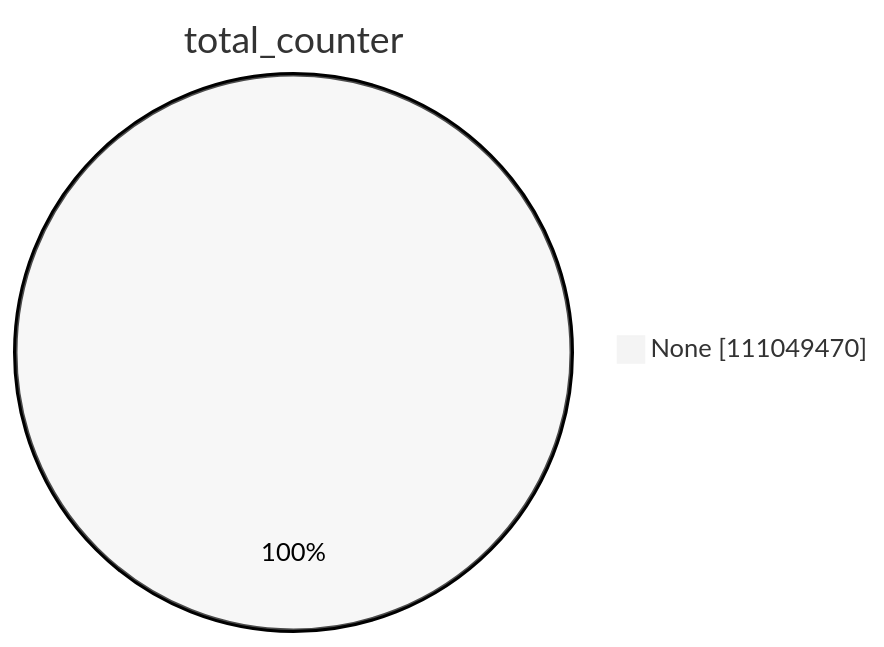
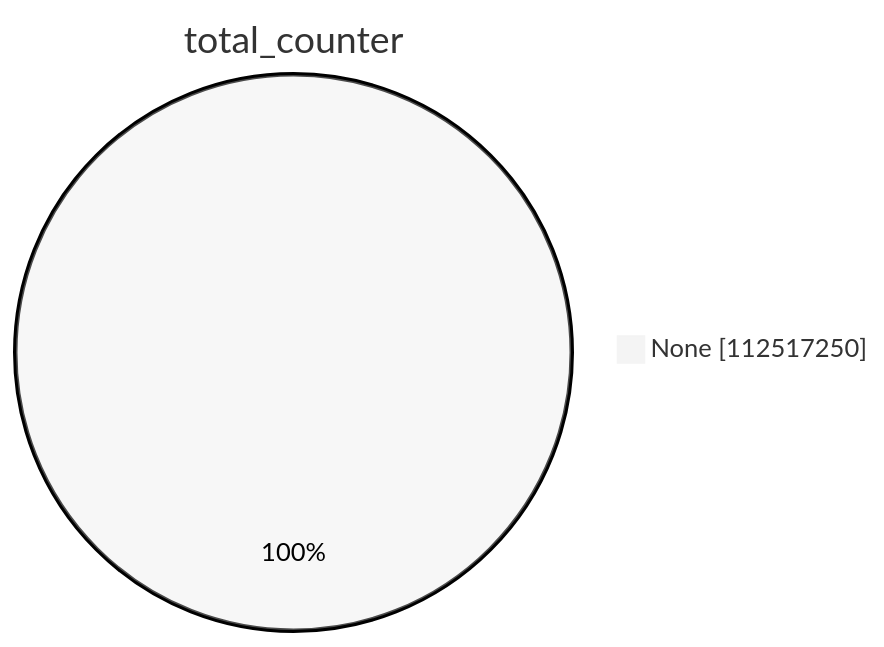
Before and after one commit to christiankrug/ctmonitor_visualization: the first of 15 diagrams in xenon2023/README.md, drawn with Mermaid (neutral theme). The commit also changed other lines of this file, not shown here.

````diff
--- a/xenon2023/README.md
+++ b/xenon2023/README.md
@@ -1,5 +1,5 @@
 ```mermaid
 pie showData
 title total_counter
-"None" :111049470
+"None" :112517250
 ```
````
